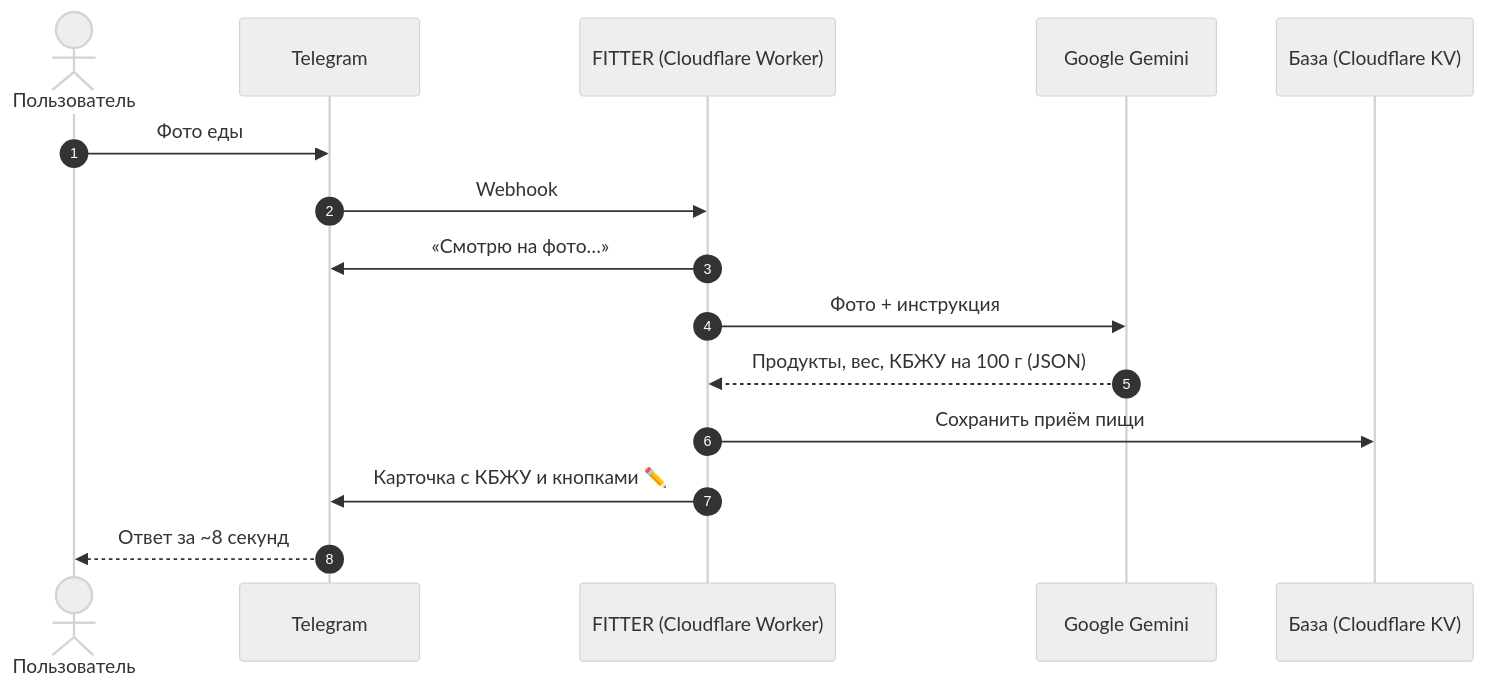
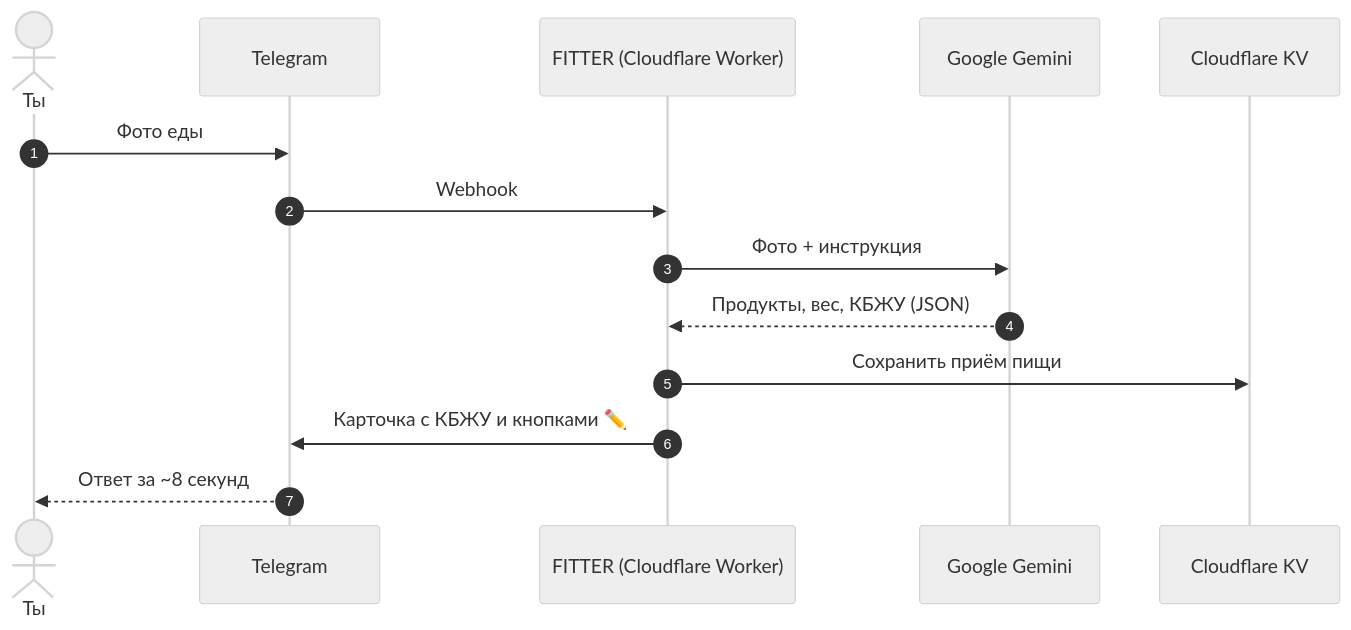
Before and after one commit to sailxx/FITTER-AI: the diagram in README.md, drawn with Mermaid (neutral theme). The commit also changed other lines of this file, not shown here.

````diff
--- a/README.md
+++ b/README.md
@@ -110,18 +191,17 @@
 ```mermaid
 sequenceDiagram
     autonumber
-    actor U as Пользователь
+    actor U as Ты
     participant T as Telegram
     participant W as FITTER (Cloudflare Worker)
     participant G as Google Gemini
-    participant D as База (Cloudflare KV)
+    participant D as Cloudflare KV
 
     U->>T: Фото еды
     T->>W: Webhook
-    W->>T: «Смотрю на фото…»
     W->>G: Фото + инструкция
-    G-->>W: Продукты, вес, КБЖУ на 100 г (JSON)
+    G-->>W: Продукты, вес, КБЖУ (JSON)
     W->>D: Сохранить приём пищи
     W->>T: Карточка с КБЖУ и кнопками ✏️
     T-->>U: Ответ за ~8 секунд
 ```
````
